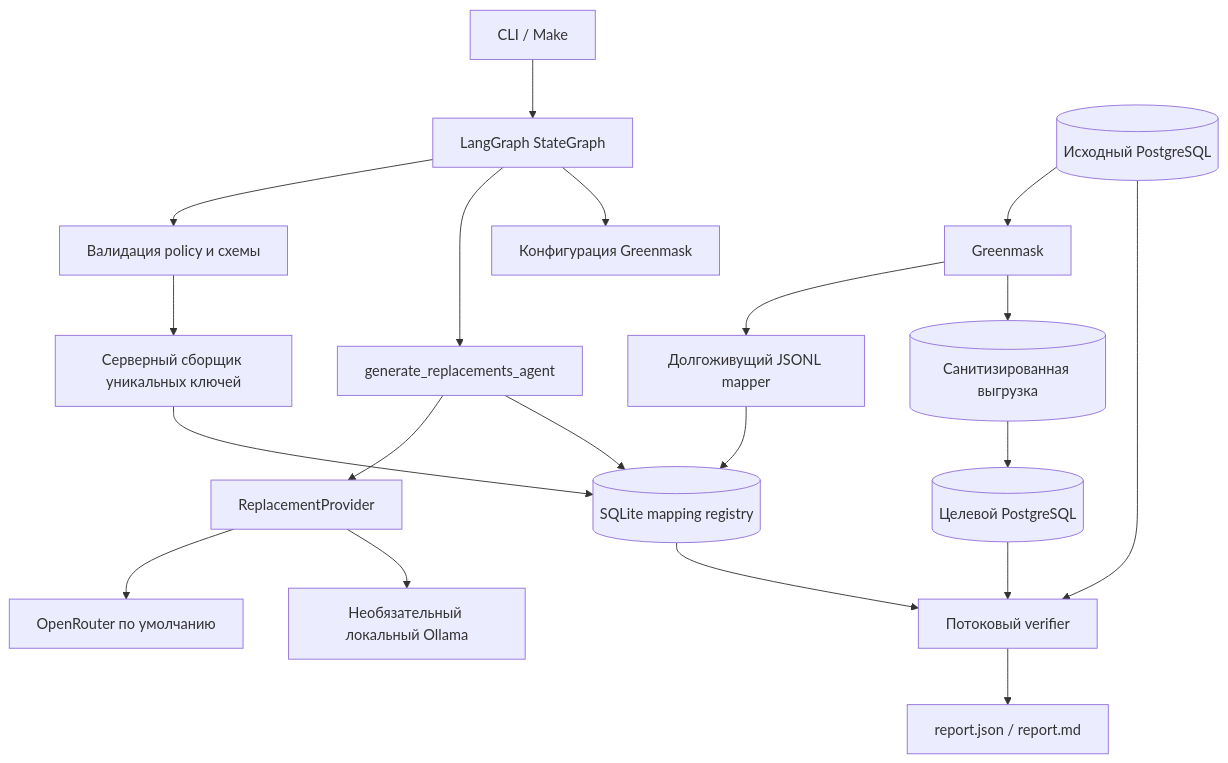
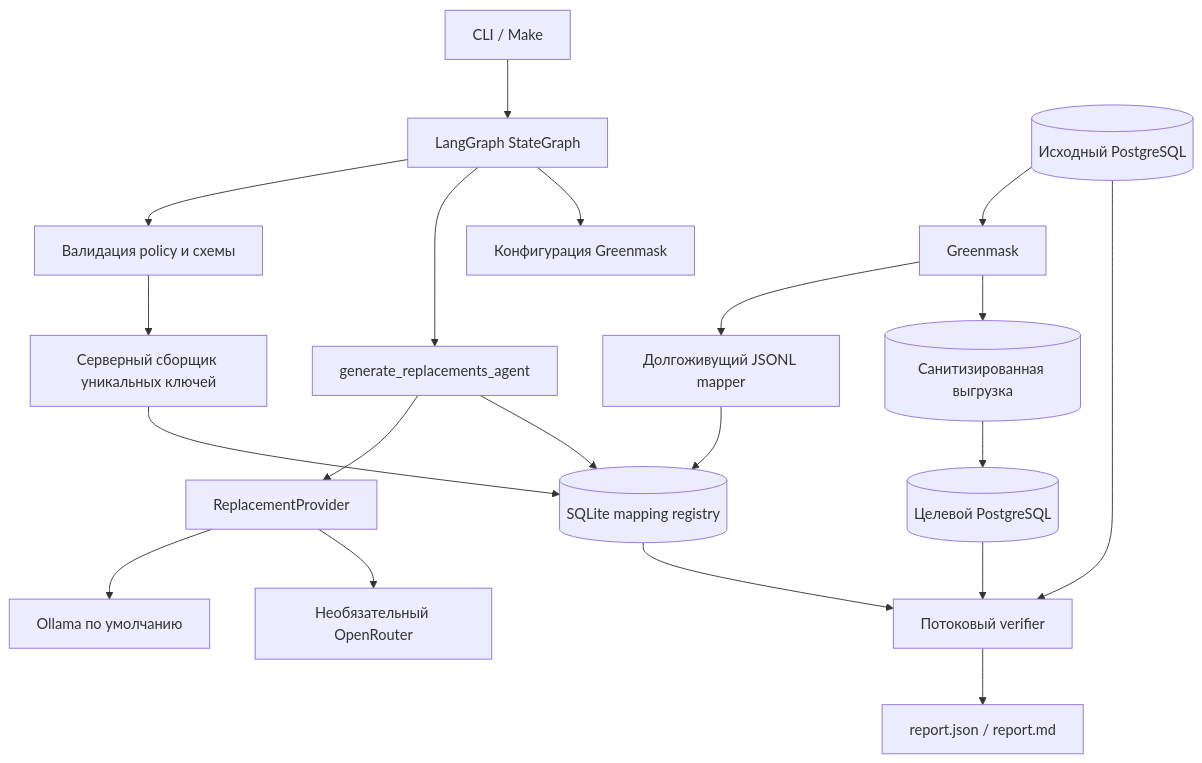
Before and after one commit to CrazyAngelm/db-sanitizer: the diagram in ARCHITECTURE.md, drawn with Mermaid. The commit also changed other lines of this file and 19 other files, not shown here.

````diff
--- a/ARCHITECTURE.md
+++ b/ARCHITECTURE.md
@@ -17,22 +17,22 @@
 ```mermaid
 flowchart TD
     CLI[CLI / Make] --> LG[LangGraph StateGraph]
     LG --> P[Валидация policy и схемы]
     P --> C[Серверный сборщик уникальных ключей]
     C --> R[(SQLite mapping registry)]
     LG --> A[generate_replacements_agent]
     A --> LP[ReplacementProvider]
-    LP --> OR[OpenRouter по умолчанию]
-    LP --> OL[Необязательный локальный Ollama]
+    LP --> OL[Ollama по умолчанию]
+    LP --> OR[Необязательный OpenRouter]
     A --> R
     LG --> G[Конфигурация Greenmask]
     S[(Исходный PostgreSQL)] --> GM[Greenmask]
     GM --> M[Долгоживущий JSONL mapper]
     M --> R
     GM --> D[(Санитизированная выгрузка)]
     D --> T[(Целевой PostgreSQL)]
     S --> V[Потоковый verifier]
     T --> V
     R --> V
     V --> REP[report.json / report.md]
 ```
````
